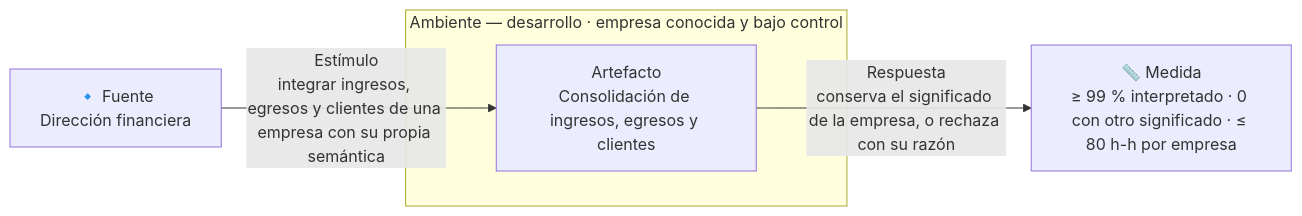
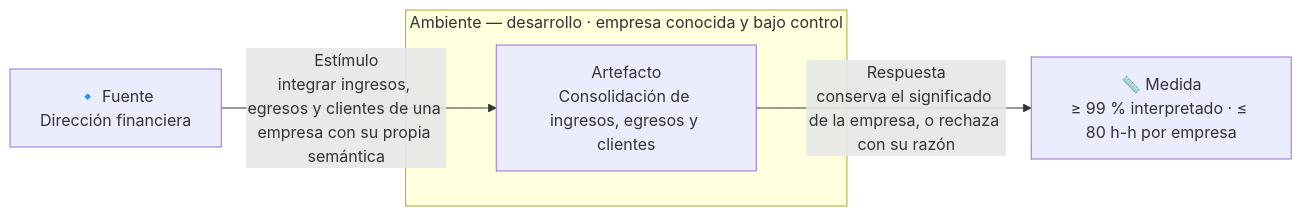
Before and after one commit to MATI-MBIT/arqsoft-reto-3: the second of 4 diagrams in docs/quality-attributes.md, drawn with Mermaid. The commit also changed other lines of this file and 2 other files, not shown here.

Commit message:
corrección de ASR despues de revisión con Dario Correal

````diff
--- a/docs/quality-attributes.md
+++ b/docs/quality-attributes.md
@@ -96,9 +93,9 @@
 ```mermaid
 flowchart LR
     F["🔹 Fuente<br/>Dirección financiera"]
     F -- "Estímulo<br/>integrar ingresos, egresos y clientes de una empresa con su propia semántica" --> A
     subgraph AMB["Ambiente — desarrollo · empresa conocida y bajo control"]
         A["Artefacto<br/>Consolidación de ingresos, egresos y clientes"]
     end
-    A -- "Respuesta<br/>conserva el significado de la empresa, o rechaza con su razón" --> M["📏 Medida<br/>≥ 99 % interpretado · 0 con otro significado · ≤ 80 h-h por empresa"]
+    A -- "Respuesta<br/>conserva el significado de la empresa, o rechaza con su razón" --> M["📏 Medida<br/>≥ 99 % interpretado · ≤ 80 h-h por empresa"]
 ```
````
